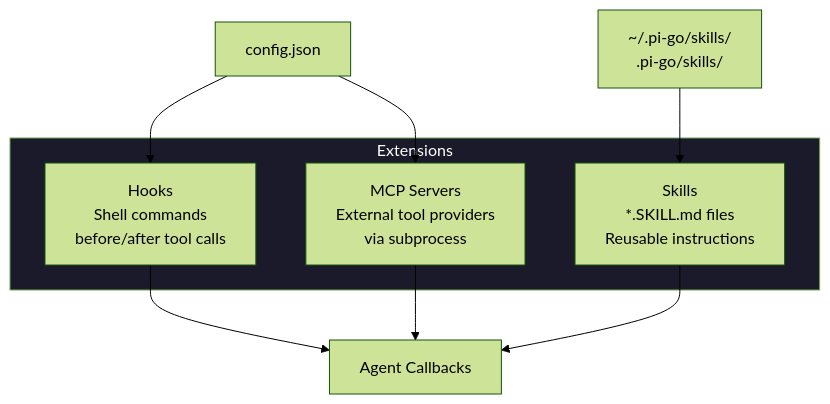
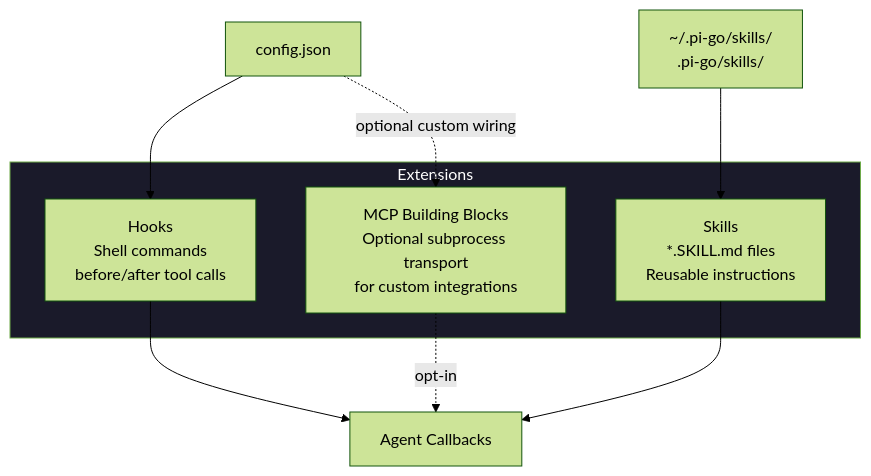
Before and after one commit to Pizzaface/pi-go: the seventh of 14 diagrams in ARCHITECTURE.md, drawn with Mermaid (forest theme). The commit also changed other lines of this file and 8 other files, not shown here.

````diff
--- a/ARCHITECTURE.md
+++ b/ARCHITECTURE.md
@@ -322,18 +322,18 @@
 ```mermaid
 graph TD
     subgraph Extensions
         hooks["Hooks<br/>Shell commands<br/>before/after tool calls"]
         skills["Skills<br/>*.SKILL.md files<br/>Reusable instructions"]
-        mcp["MCP Servers<br/>External tool providers<br/>via subprocess"]
+        mcp["MCP Building Blocks<br/>Optional subprocess transport<br/>for custom integrations"]
     end
 
     config["config.json"] --> hooks
     skilldir["~/.pi-go/skills/<br/>.pi-go/skills/"] --> skills
-    config --> mcp
+    config -. optional custom wiring .-> mcp
 
     hooks --> agent["Agent Callbacks"]
     skills --> agent
-    mcp --> agent
+    mcp -. opt-in .-> agent
 
     style Extensions fill:#1a1a2a,color:#fff
 ```
````
